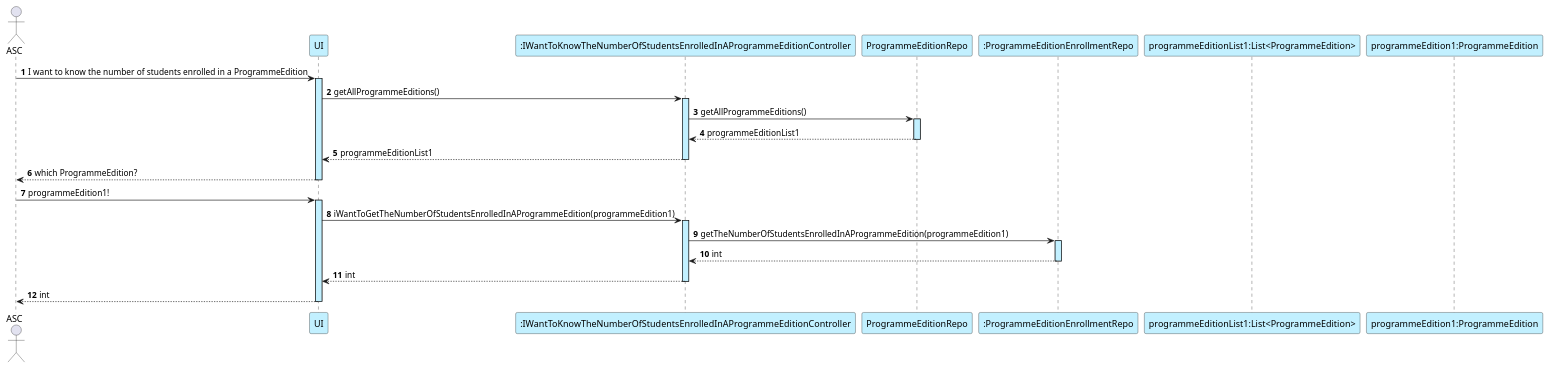
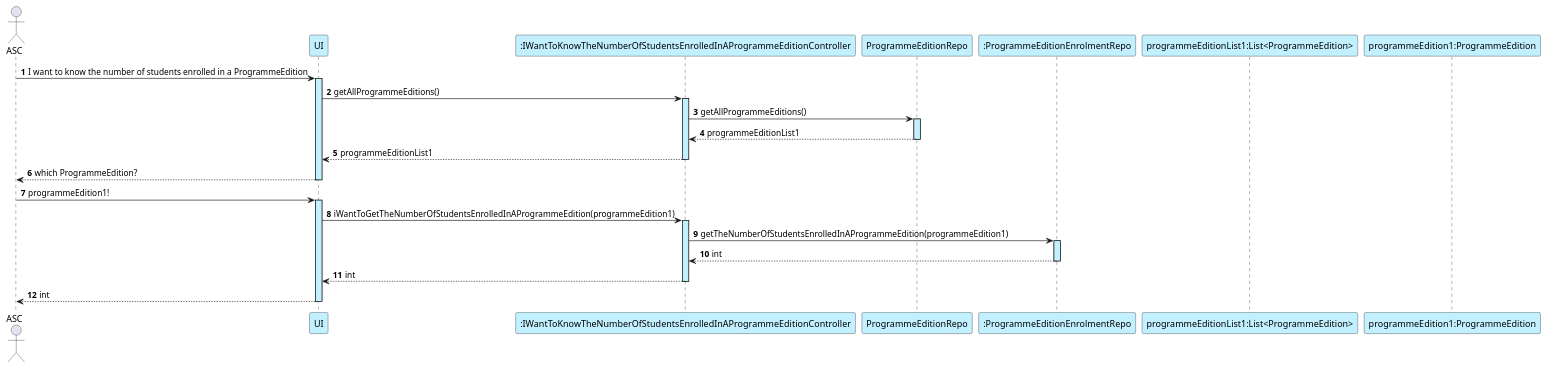
Before and after one commit to GasparISEP/DevOps-PAI: the diagram in docs/US21/US21_IWantToGetTheNumberOfStudentsEnrolledInAProgrammeEdition_SequenceDiagram.puml, drawn with PlantUML. The commit also changed 9 other files, not shown here.

```diff
--- a/docs/US21/US21_IWantToGetTheNumberOfStudentsEnrolledInAProgrammeEdition_SequenceDiagram.puml
+++ b/docs/US21/US21_IWantToGetTheNumberOfStudentsEnrolledInAProgrammeEdition_SequenceDiagram.puml
@@ -1,25 +1,25 @@
 @startuml US21
 actor ASC
 participant UI #application
 participant ":IWantToKnowTheNumberOfStudentsEnrolledInAProgrammeEditionController" #application
 participant "ProgrammeEditionRepo" #application
-participant ":ProgrammeEditionEnrollmentRepo" #application
+participant ":ProgrammeEditionEnrolmentRepo" #application
 participant "programmeEditionList1:List<ProgrammeEdition>"#application
 participant "programmeEdition1:ProgrammeEdition" #application
 
 autonumber
 
 ASC -> UI  ++ #application : I want to know the number of students enrolled in a ProgrammeEdition
 UI -> ":IWantToKnowTheNumberOfStudentsEnrolledInAProgrammeEditionController" ++ #application: getAllProgrammeEditions()
 ":IWantToKnowTheNumberOfStudentsEnrolledInAProgrammeEditionController" -> "ProgrammeEditionRepo" ++ #application: getAllProgrammeEditions()
 "ProgrammeEditionRepo" --> ":IWantToKnowTheNumberOfStudentsEnrolledInAProgrammeEditionController" -- : programmeEditionList1
 ":IWantToKnowTheNumberOfStudentsEnrolledInAProgrammeEditionController" --> UI -- : programmeEditionList1
 UI --> ASC -- : which ProgrammeEdition?
 
 ASC -> UI ++ #application: programmeEdition1!
 UI -> ":IWantToKnowTheNumberOfStudentsEnrolledInAProgrammeEditionController" ++ #application: iWantToGetTheNumberOfStudentsEnrolledInAProgrammeEdition(programmeEdition1)
-":IWantToKnowTheNumberOfStudentsEnrolledInAProgrammeEditionController" -> ":ProgrammeEditionEnrollmentRepo" ++ #application : getTheNumberOfStudentsEnrolledInAProgrammeEdition(programmeEdition1)
-":ProgrammeEditionEnrollmentRepo" --> ":IWantToKnowTheNumberOfStudentsEnrolledInAProgrammeEditionController" -- #application : int
+":IWantToKnowTheNumberOfStudentsEnrolledInAProgrammeEditionController" -> ":ProgrammeEditionEnrolmentRepo" ++ #application : getTheNumberOfStudentsEnrolledInAProgrammeEdition(programmeEdition1)
+":ProgrammeEditionEnrolmentRepo" --> ":IWantToKnowTheNumberOfStudentsEnrolledInAProgrammeEditionController" -- #application : int
 ":IWantToKnowTheNumberOfStudentsEnrolledInAProgrammeEditionController" --> "UI" -- #application : int
 "UI" --> ASC -- #application : int
 @enduml
```
